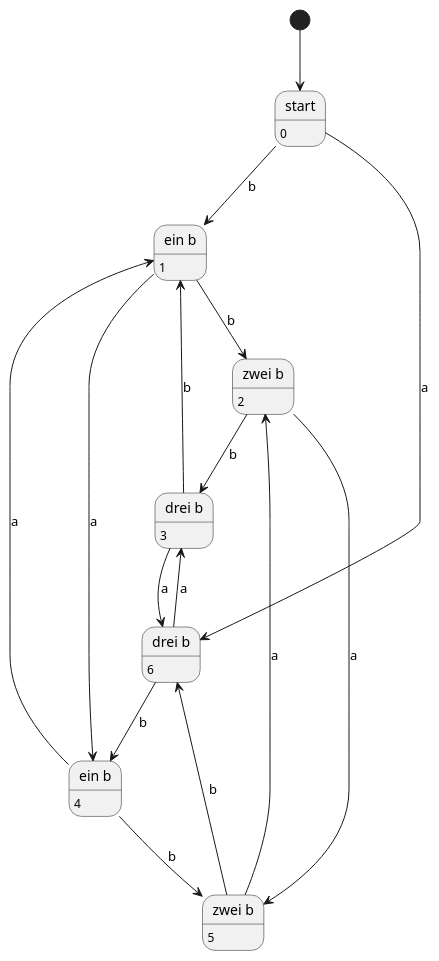
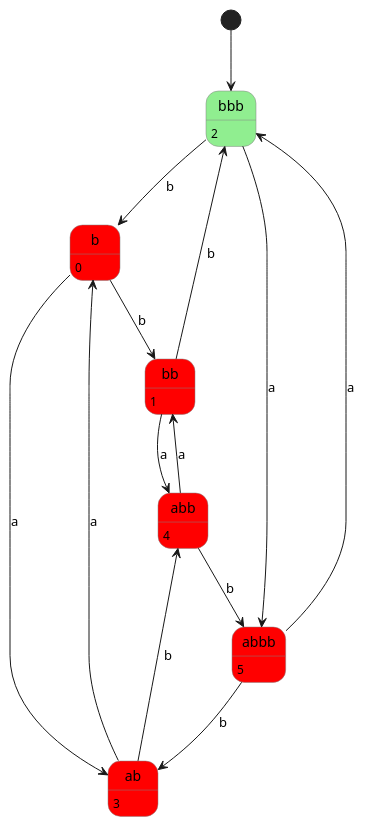
Before and after one commit to phbenisc/msiComplexTheorie: the diagram in src/main/resources/uebung3/exercise04c.puml, drawn with PlantUML. The commit also changed 7 other files, not shown here.

Commit message:
feat(uebung1): made DFA diagrams nice

```diff
--- a/src/main/resources/uebung3/exercise04c.puml
+++ b/src/main/resources/uebung3/exercise04c.puml
@@ -1,45 +1,45 @@
 @startuml
-[*] --> 0
+skinparam state {
+  BackgroundColor<<YES>> LightGreen
+  BackgroundColor<<NO>> Red
+  BorderColor Gray
+}
 
-state "start" as 0
+[*] --> 2
 
-state "ein b" as 1
-state "zwei b" as 2
-state "drei b" as 3
+state "b" as 0 <<NO>>
+state "bb" as 1 <<NO>>
+state "bbb" as 2 <<YES>>
 
-0 --> 1 : b
-
-1 --> 2 : b
-1 --> 4 : a
-4 --> 1 : a
-
-2 --> 3 : b
-
-3 --> 1 : b
-
-2--> 5 : a
-5 --> 2 : a
-
-3 --> 6 : a
-6 --> 3 : a
-
-state "ein b" as 4
-state "zwei b" as 5
-state "drei b" as 6
-
-0 --> 6 : a
-4 --> 5 : b
-5 --> 6 : b
-6 --> 4 : b
-
+state "ab" as 3 <<NO>>
+state "abb" as 4 <<NO>>
+state "abbb" as 5 <<NO>>
 
 0: 0
 1: 1
 2: 2
 3: 3
 4: 4
 5: 5
-6: 6
+
+0 --> 1 : b
+0 --> 3 : a
+
+1 --> 2 : b
+1 --> 4 : a
+
+2 --> 0 : b
+2 --> 5 : a
+
+3 --> 0 : a
+3 --> 4 : b
+
+4 --> 1 : a
+4 --> 5 : b
+
+5 --> 2 : a
+5 --> 3 : b
+
 
 
 @enduml
```
